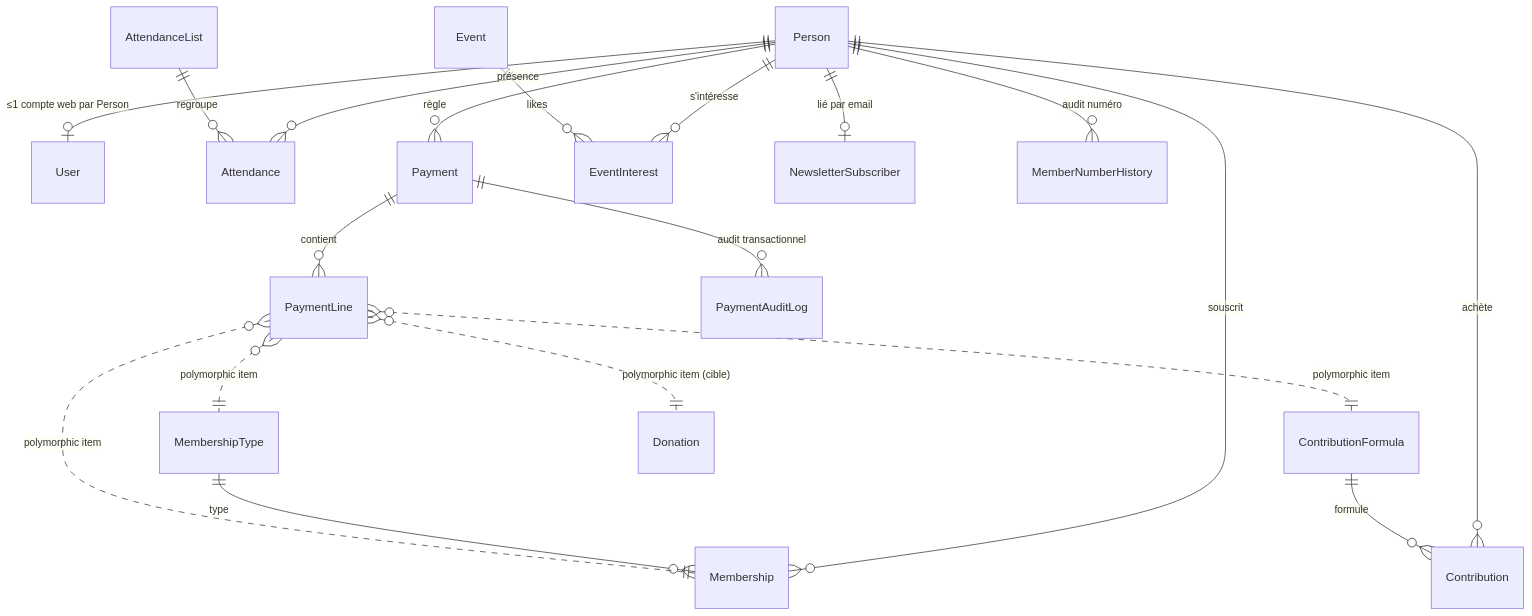
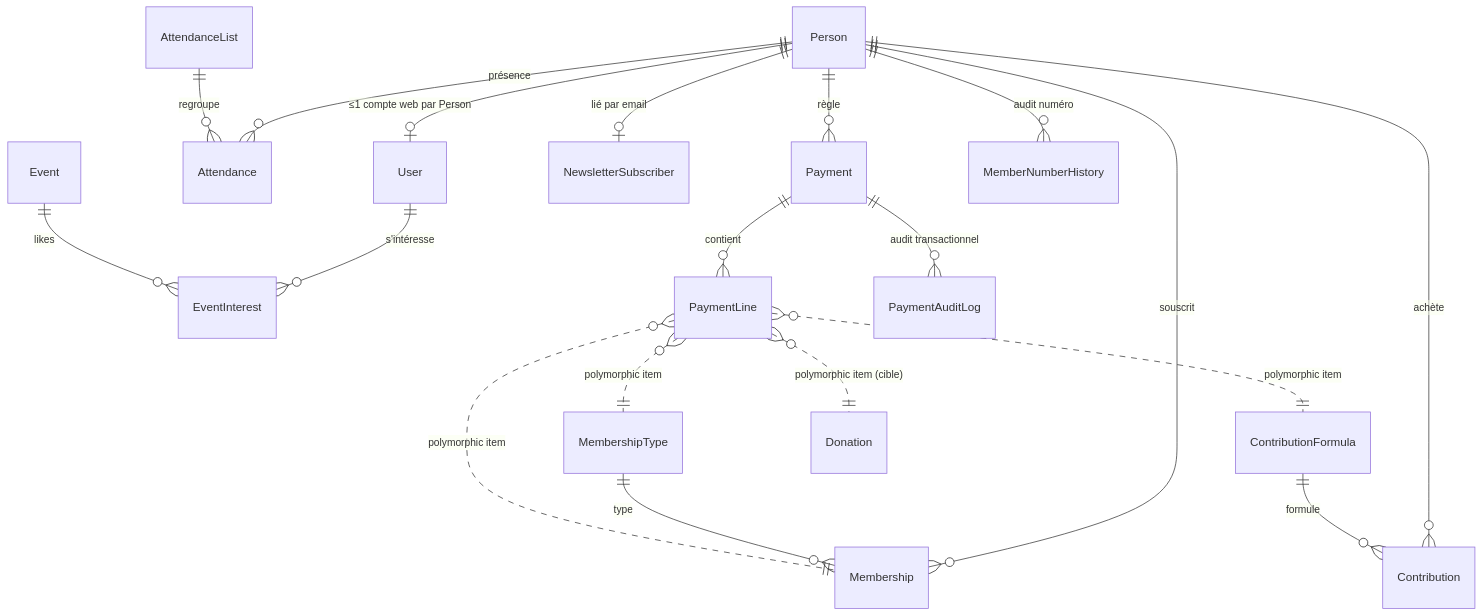
One commit to LeCircographe-asso/core changed the first of 5 diagrams in docs/domain_model.md. Above: the diagram before and after it, drawn with Mermaid. The commit also changed other lines of this file and 16 other files, not shown here.

First line of the commit message:
Key event likes on the web account, not the person

````diff
--- a/docs/domain_model.md
+++ b/docs/domain_model.md
@@ -15,24 +15,24 @@
 ```mermaid
 erDiagram
   Person ||--o| User : "≤1 compte web par Person"
   Person ||--o{ Membership : "souscrit"
   Person ||--o{ Contribution : "achète"
   Person ||--o{ Attendance : "présence"
   Person ||--o{ Payment : "règle"
-  Person ||--o{ EventInterest : "s'intéresse"
   Person ||--o| NewsletterSubscriber : "lié par email"
 
   MembershipType ||--o{ Membership : "type"
   ContributionFormula ||--o{ Contribution : "formule"
+  User ||--o{ EventInterest : "s'intéresse"
   Event ||--o{ EventInterest : "likes"
   AttendanceList ||--o{ Attendance : "regroupe"
 
   Payment ||--o{ PaymentLine : "contient"
   PaymentLine }o..|| Membership : "polymorphic item"
   PaymentLine }o..|| ContributionFormula : "polymorphic item"
   PaymentLine }o..|| MembershipType : "polymorphic item"
   PaymentLine }o..|| Donation : "polymorphic item (cible)"
 
   Person ||--o{ MemberNumberHistory : "audit numéro"
   Payment ||--o{ PaymentAuditLog : "audit transactionnel"
 ```
````
